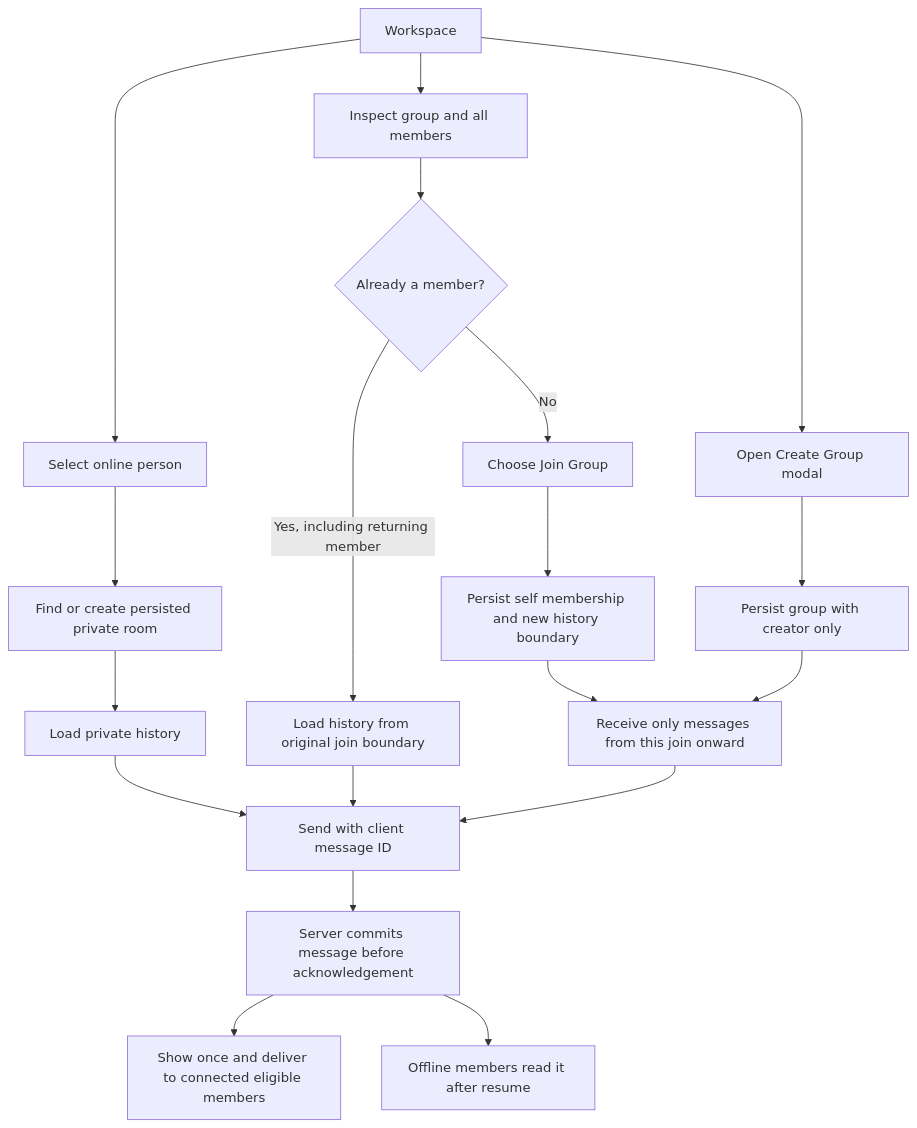
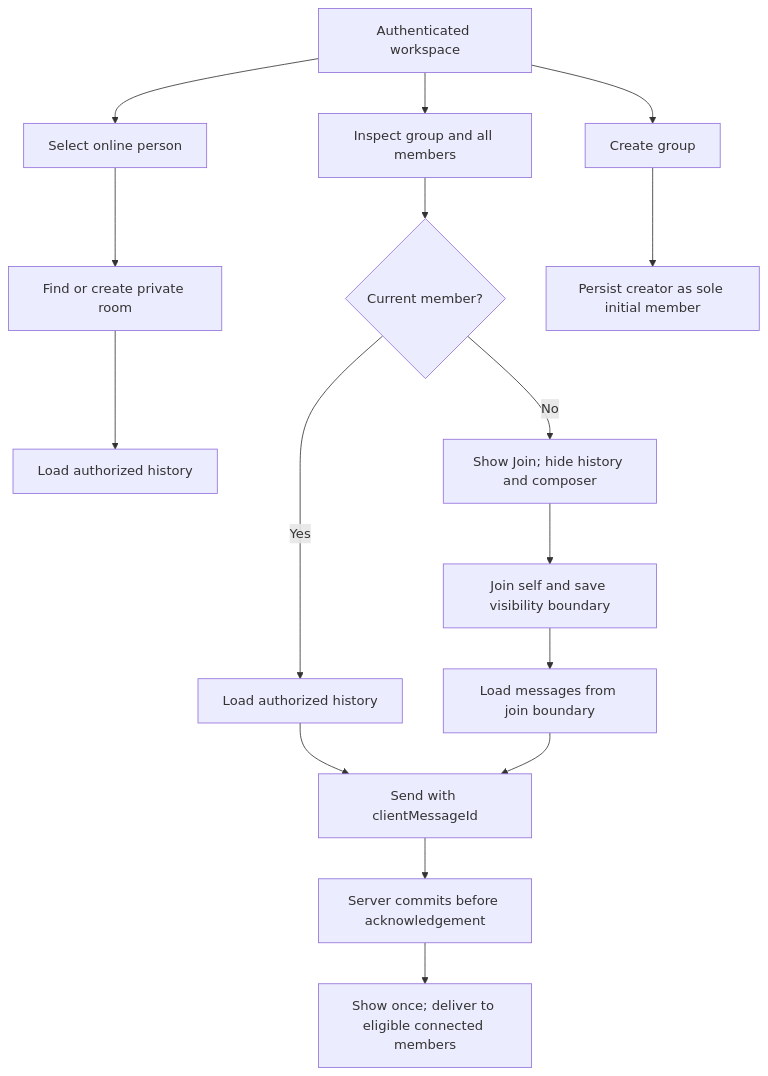
Before and after one commit to Azther0z/computer-network-project: the second of 2 diagrams in docs/ui-ux.md, drawn with Mermaid. The commit also changed other lines of this file and 8 other files, not shown here.

````diff
--- a/docs/ui-ux.md
+++ b/docs/ui-ux.md
@@ -81,21 +55,18 @@
 ```mermaid
 flowchart TD
-    W[Workspace] --> P[Select online person]
-    P --> Q[Find or create persisted private room]
-    Q --> R[Load private history]
+    W[Authenticated workspace] --> P[Select online person]
+    P --> Q[Find or create private room]
+    Q --> R[Load authorized history]
     W --> G[Inspect group and all members]
-    G --> H{Already a member?}
-    H -->|Yes, including returning member| I[Load history from original join boundary]
-    H -->|No| J[Choose Join Group]
-    J --> K[Persist self membership and new history boundary]
-    K --> L[Receive only messages from this join onward]
-    W --> C[Open Create Group modal]
-    C --> D[Persist group with creator only]
-    D --> L
-    R --> S[Send with client message ID]
-    I --> S
+    G --> H{Current member?}
+    H -->|No| J[Show Join; hide history and composer]
+    J --> K[Join self and save visibility boundary]
+    K --> L[Load messages from join boundary]
+    H -->|Yes| I[Load authorized history]
+    W --> C[Create group]
+    C --> D[Persist creator as sole initial member]
+    I --> S[Send with clientMessageId]
     L --> S
-    S --> T[Server commits message before acknowledgement]
-    T --> U[Show once and deliver to connected eligible members]
-    T --> V[Offline members read it after resume]
+    S --> T[Server commits before acknowledgement]
+    T --> U[Show once; deliver to eligible connected members]
 ```
````
